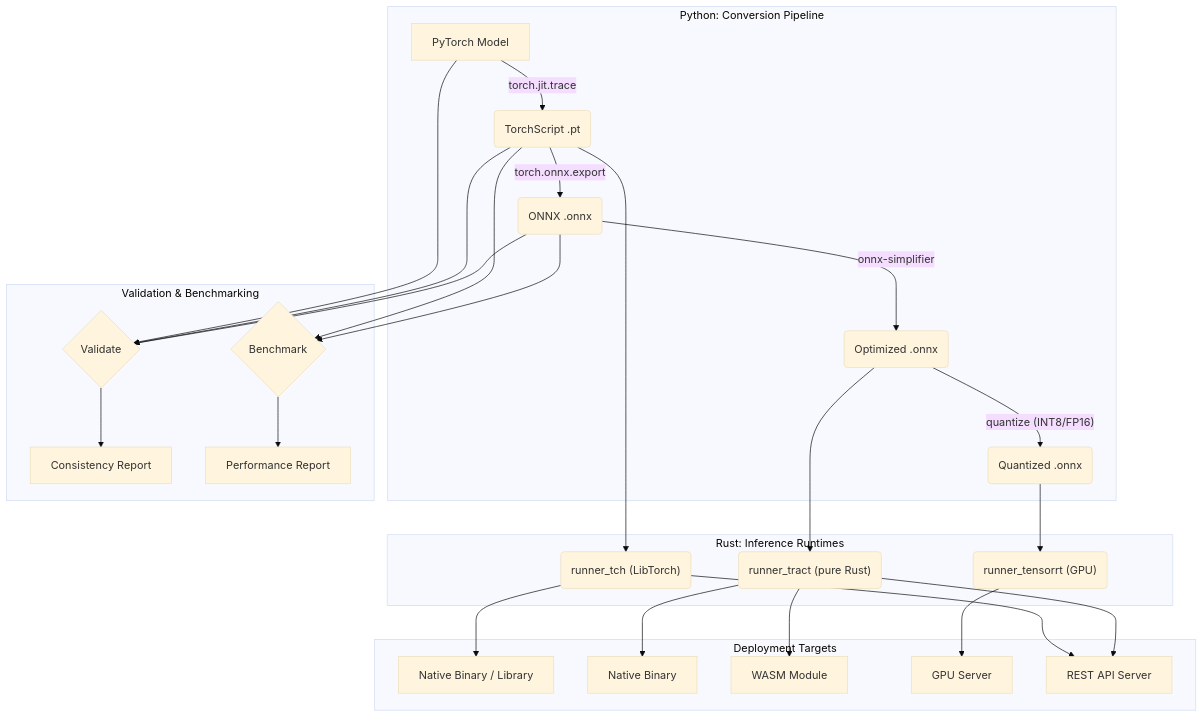
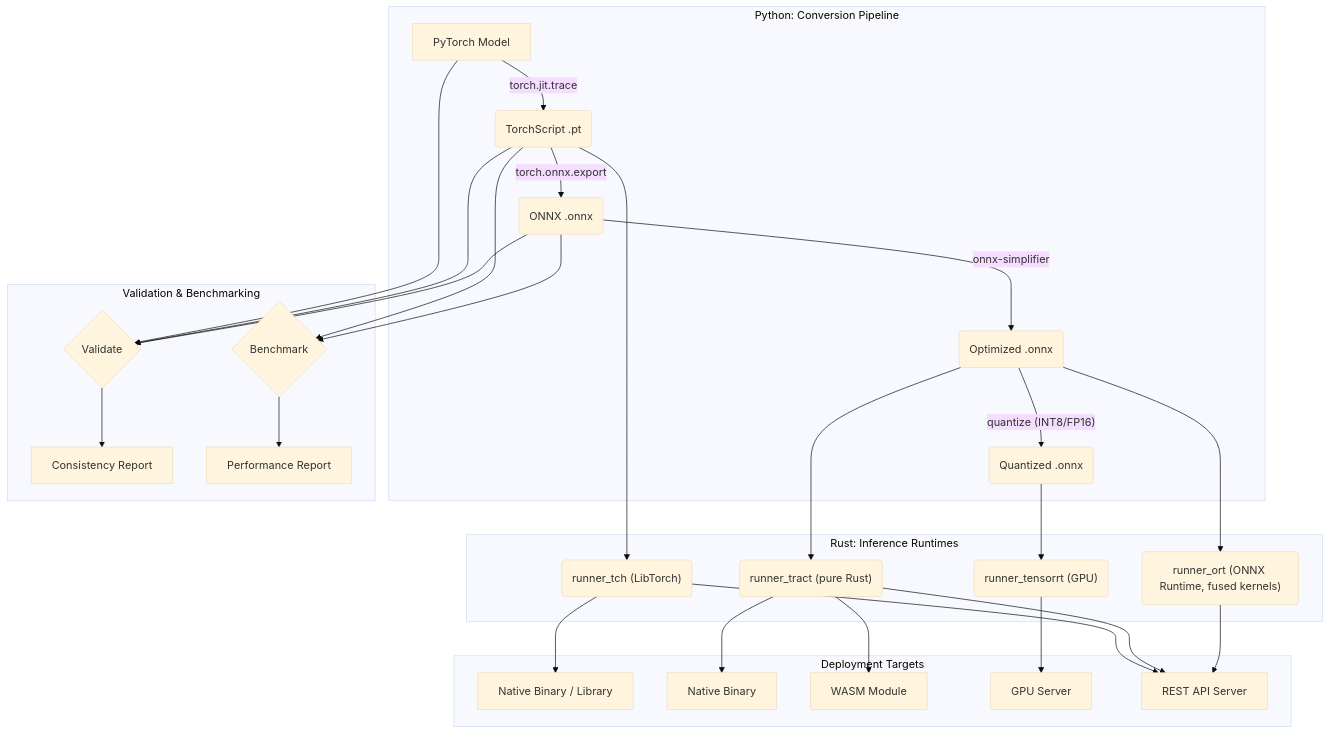
One commit to OnePunchMonk/Oxidized-Vision changed the first of 2 diagrams in docs/architecture.md. Above: the diagram before and after it, drawn with Mermaid (base theme). The commit also changed other lines of this file, not shown here.

Commit message:
Document runner_ort and image_server's new endpoints in architecture.md

````diff
--- a/docs/architecture.md
+++ b/docs/architecture.md
@@ -18,34 +18,36 @@
 ```mermaid
 graph TD
     subgraph "Python: Conversion Pipeline"
         A[PyTorch Model] -- "torch.jit.trace" --> B(TorchScript .pt);
         B -- "torch.onnx.export" --> C(ONNX .onnx);
         C -- "onnx-simplifier" --> D(Optimized .onnx);
         D -- "quantize (INT8/FP16)" --> E(Quantized .onnx);
     end
 
     subgraph "Validation & Benchmarking"
         A --> V{Validate};
         B --> V;
         C --> V;
         V --> R[Consistency Report];
         B --> BM{Benchmark};
         C --> BM;
         BM --> P[Performance Report];
     end
 
     subgraph "Rust: Inference Runtimes"
         B --> RT1("runner_tch (LibTorch)");
         D --> RT2("runner_tract (pure Rust)");
+        D --> RT4("runner_ort (ONNX Runtime, fused kernels)");
         E --> RT3("runner_tensorrt (GPU)");
     end
 
     subgraph "Deployment Targets"
         RT1 --> G[Native Binary / Library];
         RT2 --> H[Native Binary];
         RT2 --> I[WASM Module];
         RT3 --> J[GPU Server];
         RT1 --> K[REST API Server];
         RT2 --> K;
+        RT4 --> K;
     end
 ```
````
